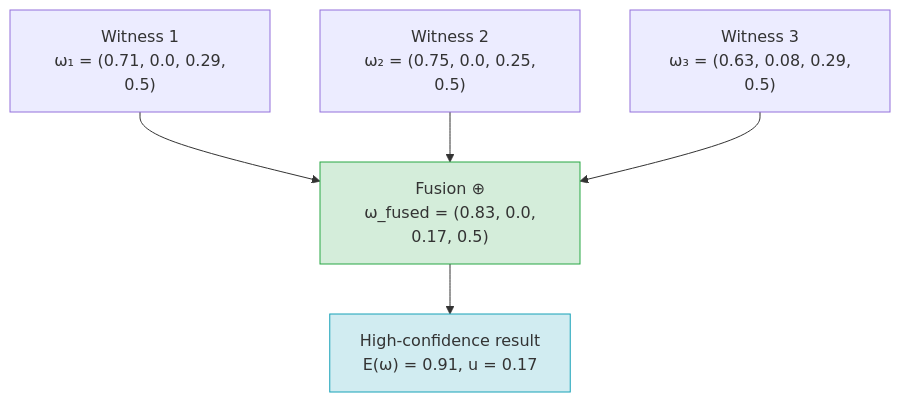
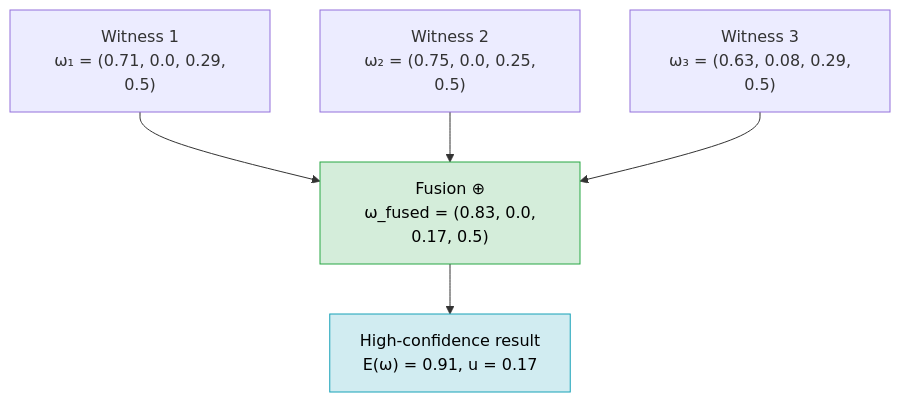
The third of 7 diagrams in rust/README.md (Steake/EQBSL), drawn with Mermaid before and after one commit. The commit also changed other lines of this file, not shown here.

Commit message:
docs(rust): fix mermaid diagram styles for readability in all themes

````diff
--- a/rust/README.md
+++ b/rust/README.md
@@ -125,10 +125,10 @@
 ```mermaid
 graph TD
     W1["Witness 1\n ω₁ = (0.71, 0.0, 0.29, 0.5)"] --> F["Fusion ⊕\n ω_fused = (0.83, 0.0, 0.17, 0.5)"]
     W2["Witness 2\n ω₂ = (0.75, 0.0, 0.25, 0.5)"] --> F
     W3["Witness 3\n ω₃ = (0.63, 0.08, 0.29, 0.5)"] --> F
     F --> R["High-confidence result\n E(ω) = 0.91, u = 0.17"]
 
-    style F fill:#d4edda,stroke:#28a745
-    style R fill:#d1ecf1,stroke:#17a2b8
+    style F fill:#d4edda,stroke:#28a745,color:#000000
+    style R fill:#d1ecf1,stroke:#17a2b8,color:#000000
 ```
````
